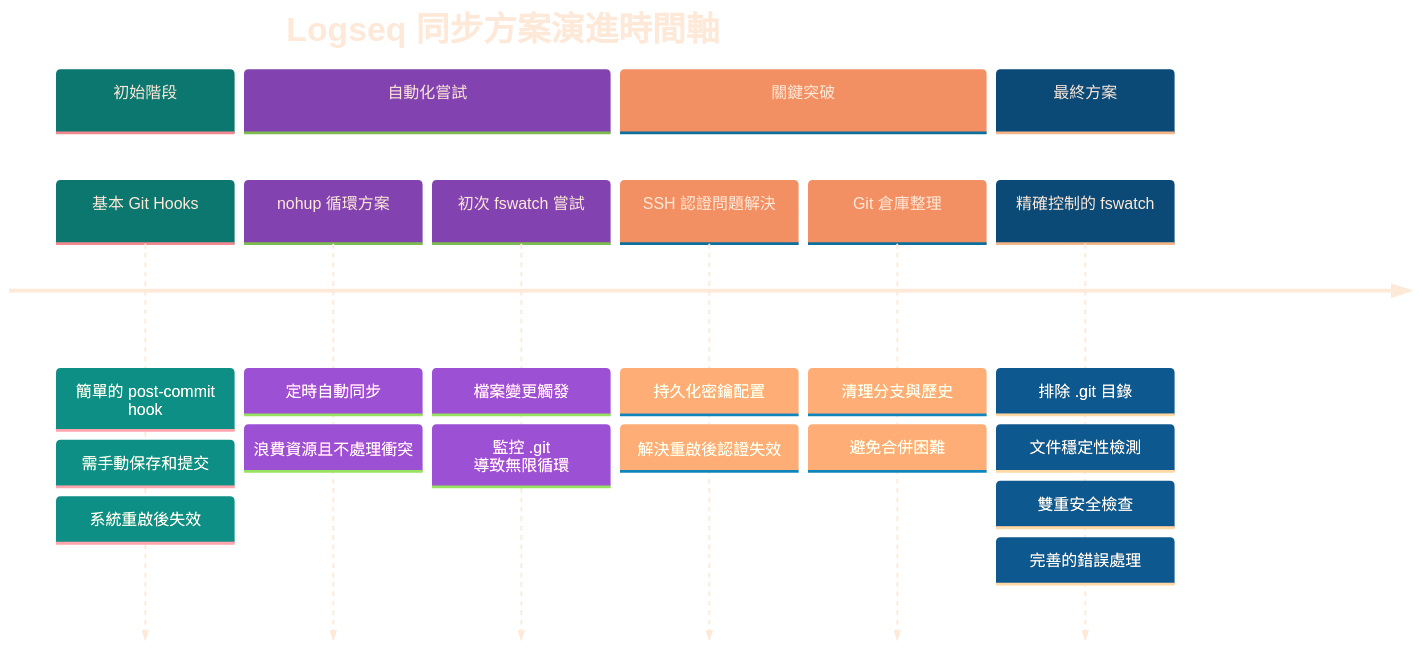
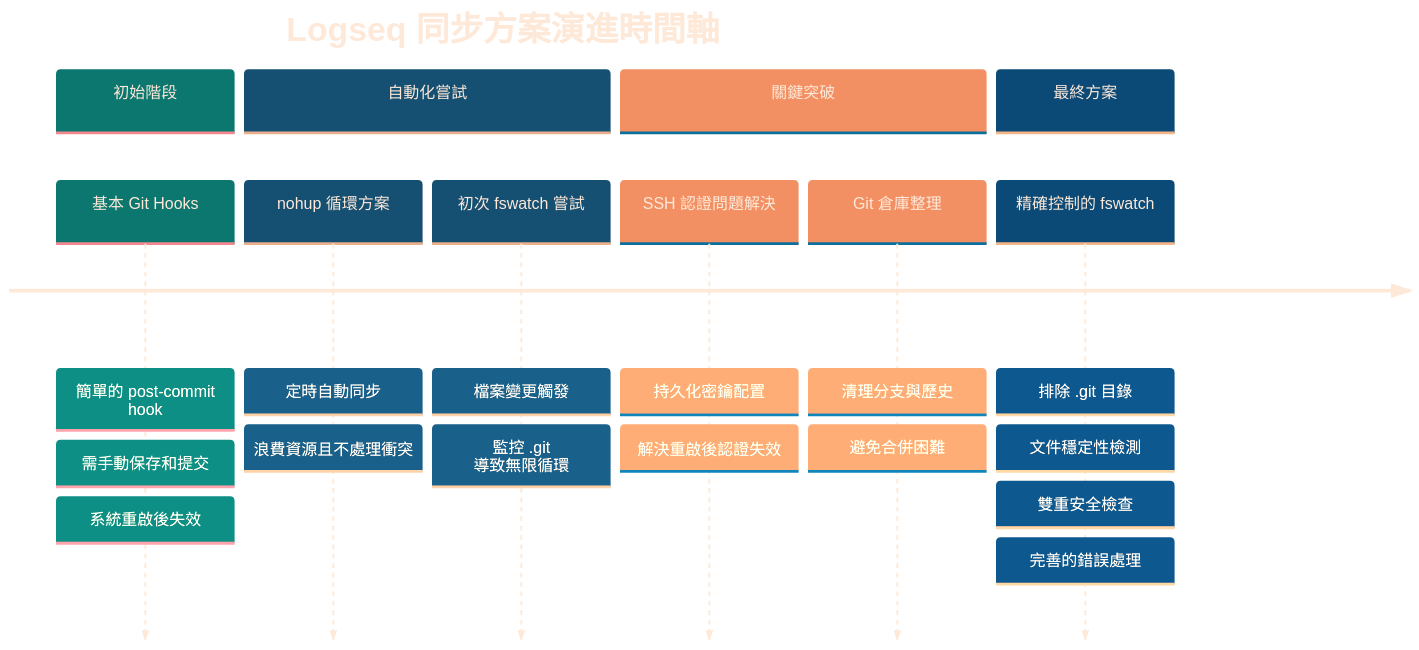
One commit to GengGeng026/Sync-Logseq changed the first of 2 diagrams in Logseq同步方案演進記錄.md. Above: the diagram before and after it, drawn with Mermaid.

Commit message:
Auto-sync: Wed Mar 26 09:59:54 +08 2025

````diff
--- a/Logseq同步方案演進記錄.md
+++ b/Logseq同步方案演進記錄.md
@@ -24,38 +24,38 @@
 ```mermaid
 %%{init: {
   'theme': 'base', 
   'themeVariables': {
     'primaryTextColor': '#FEE9D9',
     'primaryColor': '#19E9D9',
-    'secondaryColor': '#BE9AD9',
+    'secondaryColor': '#2E9AD9',
     'tertiaryColor': '#FCE4D9',
     'primaryBorderColor': '#A9D9D9',
     'background': 'transparent',
     'clusterBkg': 'transparent',
     'fontFamily': 'default',
     'fontSize': '17px',
     'fontWeight': 'normal'
   }
 }}%%
 timeline
     title Logseq 同步方案演進時間軸
     section 初始階段
         基本 Git Hooks : 簡單的 post-commit hook
         : 需手動保存和提交
         : 系統重啟後失效
     section 自動化嘗試
         nohup 循環方案 : 定時自動同步
         : 浪費資源且不處理衝突
         初次 fswatch 嘗試 : 檔案變更觸發
         : 監控 .git 導致無限循環
     section 關鍵突破
         SSH 認證問題解決 : 持久化密鑰配置
         : 解決重啟後認證失效
         Git 倉庫整理 : 清理分支與歷史
         : 避免合併困難
     section 最終方案
         精確控制的 fswatch : 排除 .git 目錄
         : 文件穩定性檢測
         : 雙重安全檢查
         : 完善的錯誤處理
 ```
````
